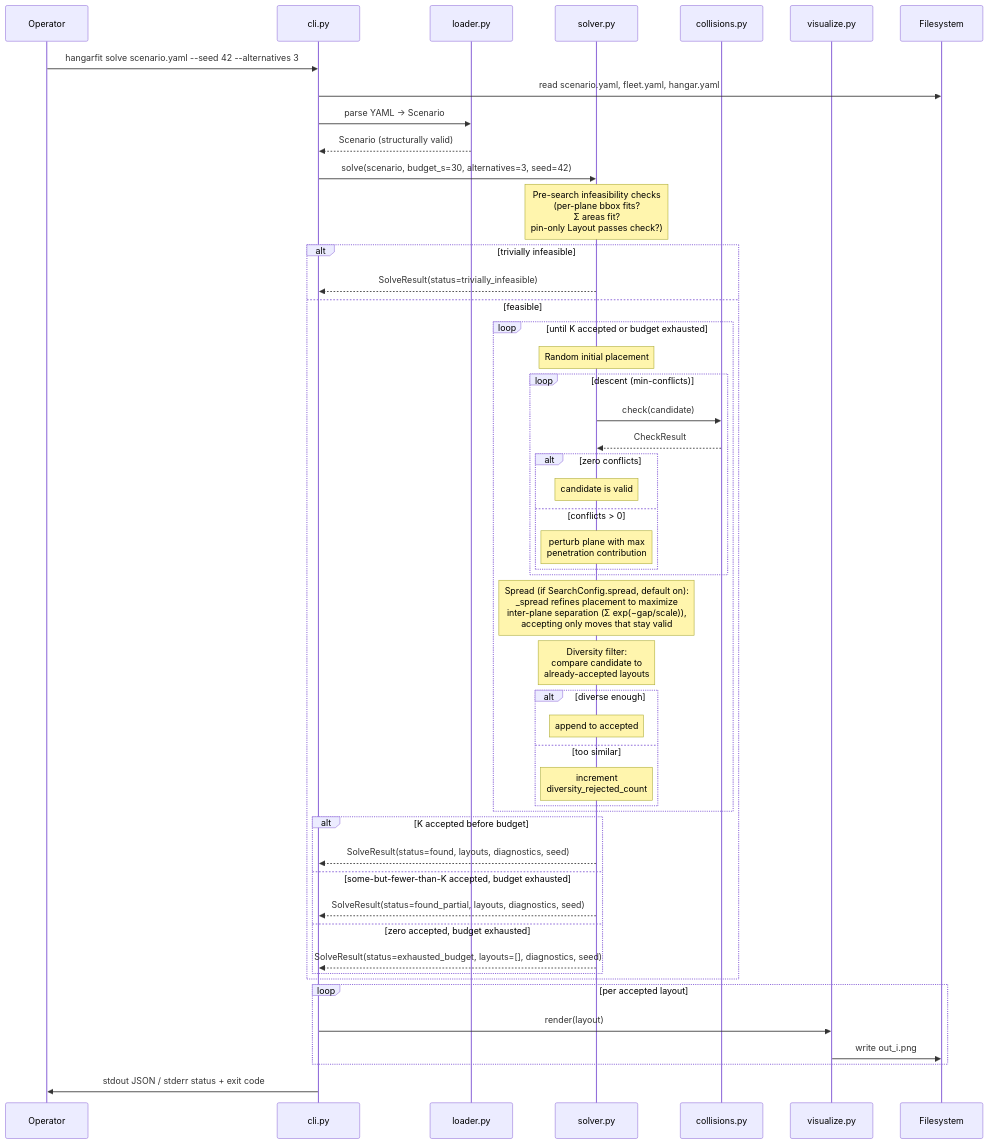
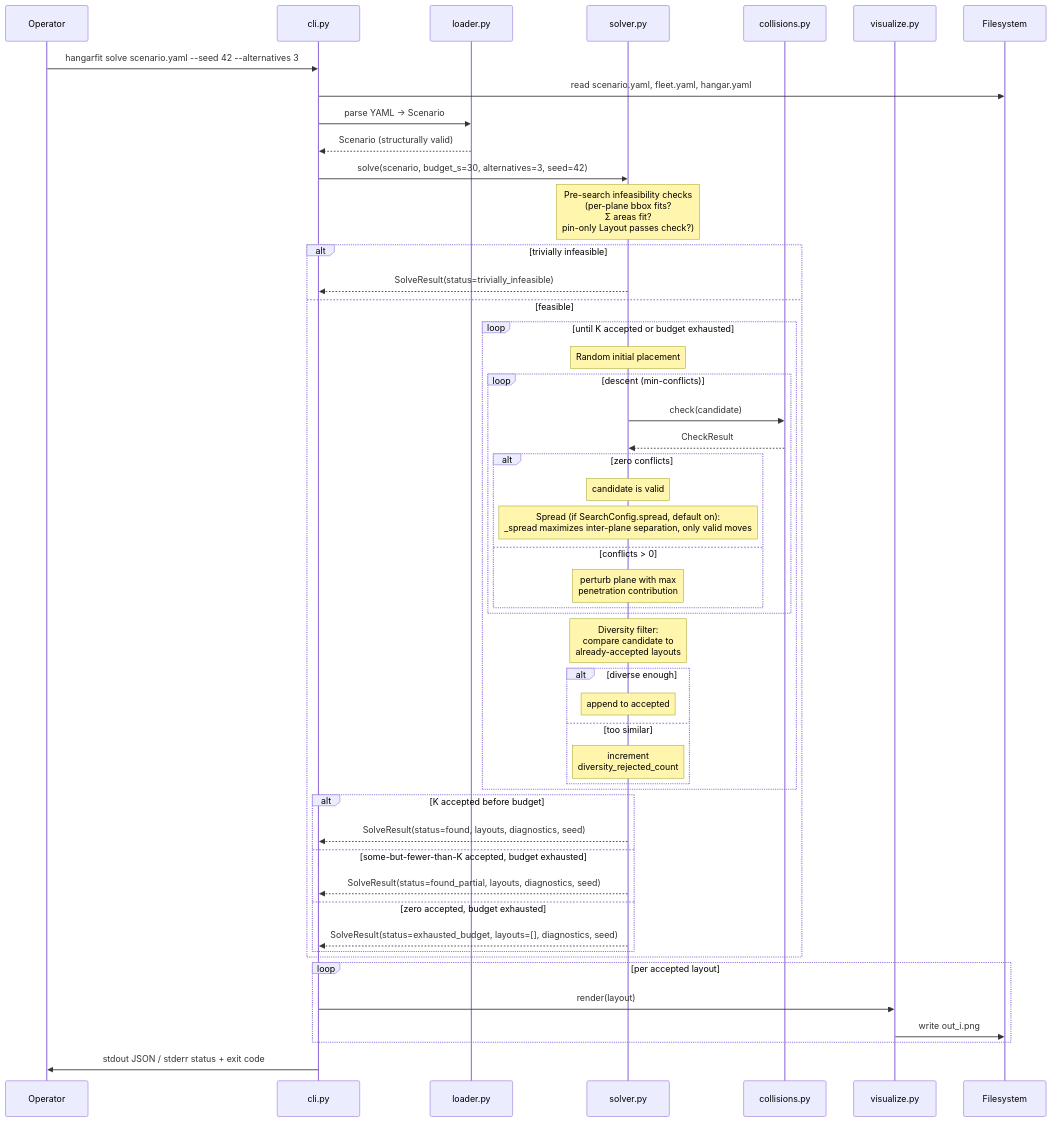
One commit to DocGerd/hangarfit changed the second of 2 diagrams in docs/architecture/06-runtime-view.md. Above: the diagram before and after it, drawn with Mermaid. The commit also changed 3 other files, not shown here.

Commit message:
docs+comments: address PR #205 review (runtime-view diagram, ADR template, _spread comments) (#145)

````diff
--- a/docs/architecture/06-runtime-view.md
+++ b/docs/architecture/06-runtime-view.md
@@ -61,54 +61,54 @@
 ```mermaid
 sequenceDiagram
     participant Op as Operator
     participant CLI as cli.py
     participant Loader as loader.py
     participant Solver as solver.py
     participant Coll as collisions.py
     participant Viz as visualize.py
     participant FS as Filesystem
 
     Op->>CLI: hangarfit solve scenario.yaml --seed 42 --alternatives 3
     CLI->>FS: read scenario.yaml, fleet.yaml, hangar.yaml
     CLI->>Loader: parse YAML → Scenario
     Loader-->>CLI: Scenario (structurally valid)
 
     CLI->>Solver: solve(scenario, budget_s=30, alternatives=3, seed=42)
     Note over Solver: Pre-search infeasibility checks<br/>(per-plane bbox fits?<br/>Σ areas fit?<br/>pin-only Layout passes check?)
     alt trivially infeasible
         Solver-->>CLI: SolveResult(status=trivially_infeasible)
     else feasible
         loop until K accepted or budget exhausted
             Note over Solver: Random initial placement
             loop descent (min-conflicts)
                 Solver->>Coll: check(candidate)
                 Coll-->>Solver: CheckResult
                 alt zero conflicts
                     Note over Solver: candidate is valid
+                    Note over Solver: Spread (if SearchConfig.spread, default on):<br/>_spread maximizes inter-plane separation, only valid moves
                 else conflicts > 0
                     Note over Solver: perturb plane with max<br/>penetration contribution
                 end
             end
-            Note over Solver: Spread (if SearchConfig.spread, default on):<br/>_spread refines placement to maximize<br/>inter-plane separation (Σ exp(−gap/scale)),<br/>accepting only moves that stay valid
             Note over Solver: Diversity filter:<br/>compare candidate to<br/>already-accepted layouts
             alt diverse enough
                 Note over Solver: append to accepted
             else too similar
                 Note over Solver: increment<br/>diversity_rejected_count
             end
         end
         alt K accepted before budget
             Solver-->>CLI: SolveResult(status=found, layouts, diagnostics, seed)
         else some-but-fewer-than-K accepted, budget exhausted
             Solver-->>CLI: SolveResult(status=found_partial, layouts, diagnostics, seed)
         else zero accepted, budget exhausted
             Solver-->>CLI: SolveResult(status=exhausted_budget, layouts=[], diagnostics, seed)
         end
     end
 
     loop per accepted layout
         CLI->>Viz: render(layout)
         Viz->>FS: write out_i.png
     end
     CLI->>Op: stdout JSON / stderr status + exit code
 ```
````
